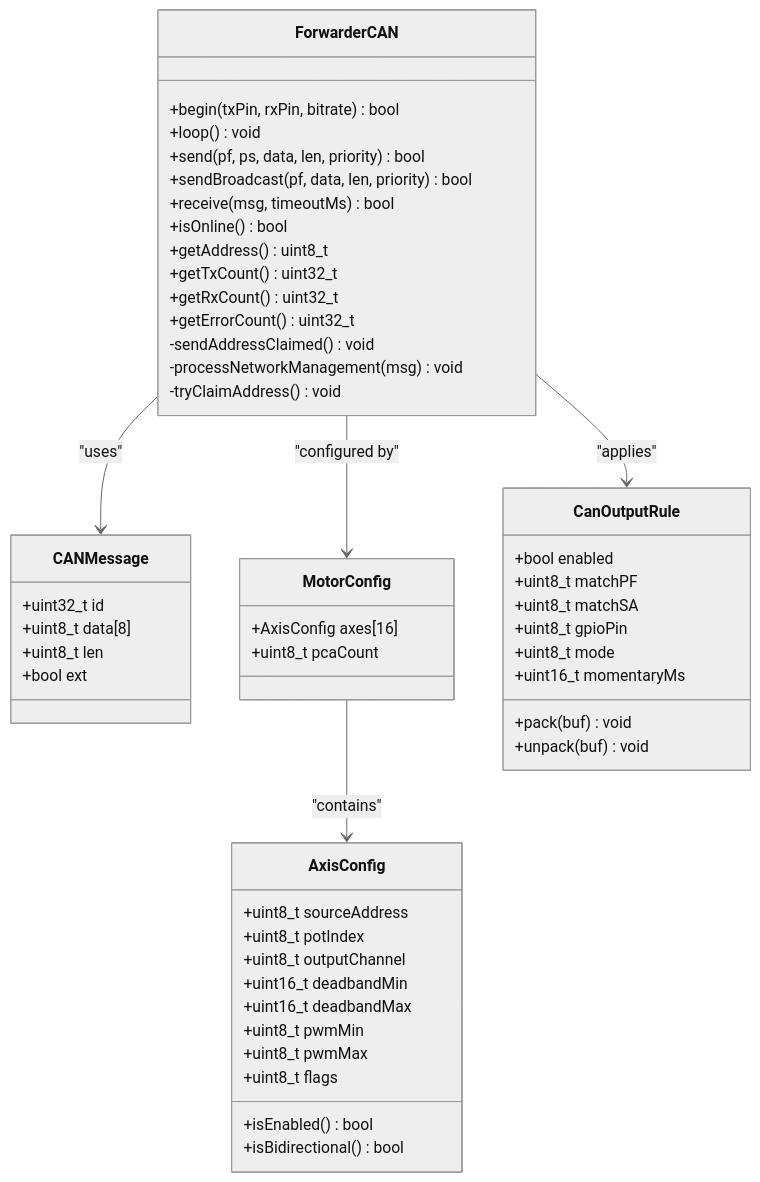
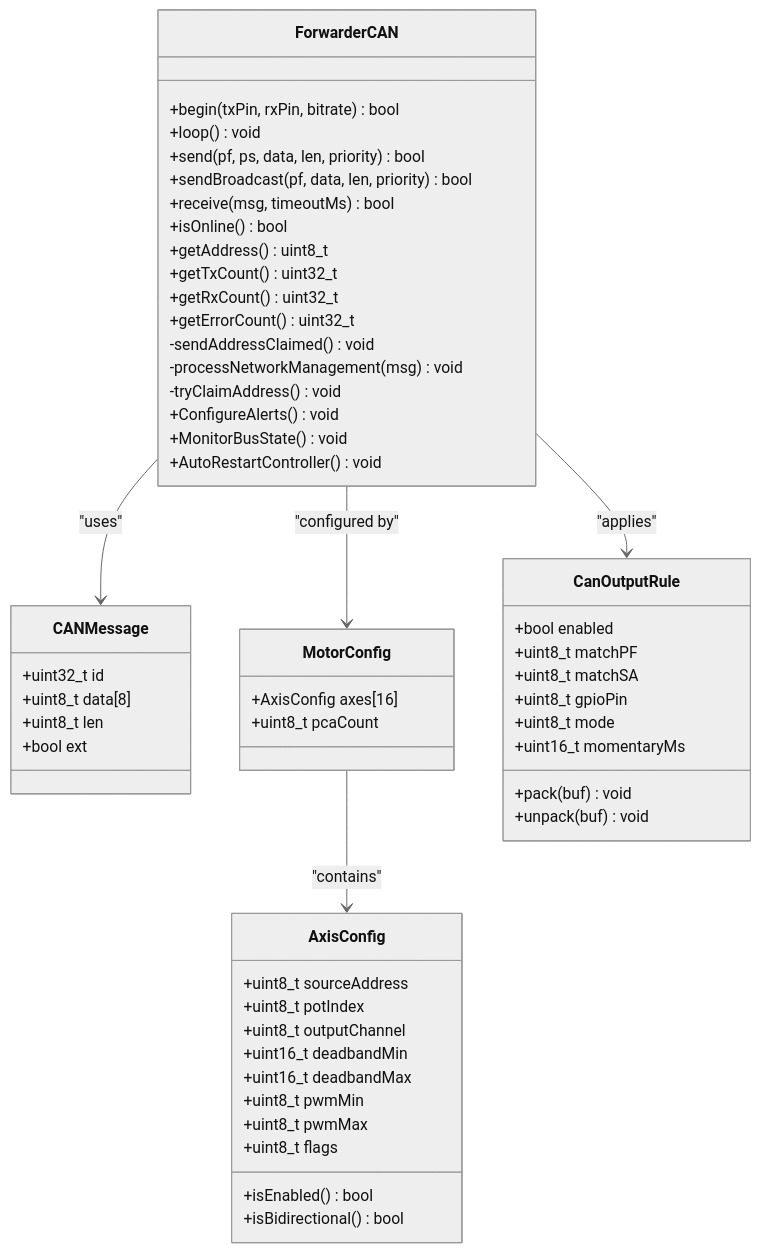
Before and after one commit to gunicsba/ESP_CAN_ECU_joystick_collection: the second of 8 diagrams in .qoder/repowiki/en/content/CAN Protocol Implementation/CAN Protocol Implementation.md, drawn with Mermaid (neutral theme). The commit also changed other lines of this file and 15 other files, not shown here.

````diff
--- a/.qoder/repowiki/en/content/CAN Protocol Implementation/CAN Protocol Implementation.md
+++ b/.qoder/repowiki/en/content/CAN Protocol Implementation/CAN Protocol Implementation.md
@@ -107,54 +120,57 @@
 ```mermaid
 classDiagram
 class ForwarderCAN {
 +begin(txPin, rxPin, bitrate) bool
 +loop() void
 +send(pf, ps, data, len, priority) bool
 +sendBroadcast(pf, data, len, priority) bool
 +receive(msg, timeoutMs) bool
 +isOnline() bool
 +getAddress() uint8_t
 +getTxCount() uint32_t
 +getRxCount() uint32_t
 +getErrorCount() uint32_t
 -sendAddressClaimed() void
 -processNetworkManagement(msg) void
 -tryClaimAddress() void
++ConfigureAlerts() void
++MonitorBusState() void
++AutoRestartController() void
 }
 class CANMessage {
 +uint32_t id
 +uint8_t data[8]
 +uint8_t len
 +bool ext
 }
 class MotorConfig {
 +AxisConfig axes[16]
 +uint8_t pcaCount
 }
 class AxisConfig {
 +uint8_t sourceAddress
 +uint8_t potIndex
 +uint8_t outputChannel
 +uint16_t deadbandMin
 +uint16_t deadbandMax
 +uint8_t pwmMin
 +uint8_t pwmMax
 +uint8_t flags
 +isEnabled() bool
 +isBidirectional() bool
 }
 class CanOutputRule {
 +bool enabled
 +uint8_t matchPF
 +uint8_t matchSA
 +uint8_t gpioPin
 +uint8_t mode
 +uint16_t momentaryMs
 +pack(buf) void
 +unpack(buf) void
 }
 ForwarderCAN --> CANMessage : "uses"
 MotorConfig --> AxisConfig : "contains"
 ForwarderCAN --> MotorConfig : "configured by"
 ForwarderCAN --> CanOutputRule : "applies"
 ```
````
